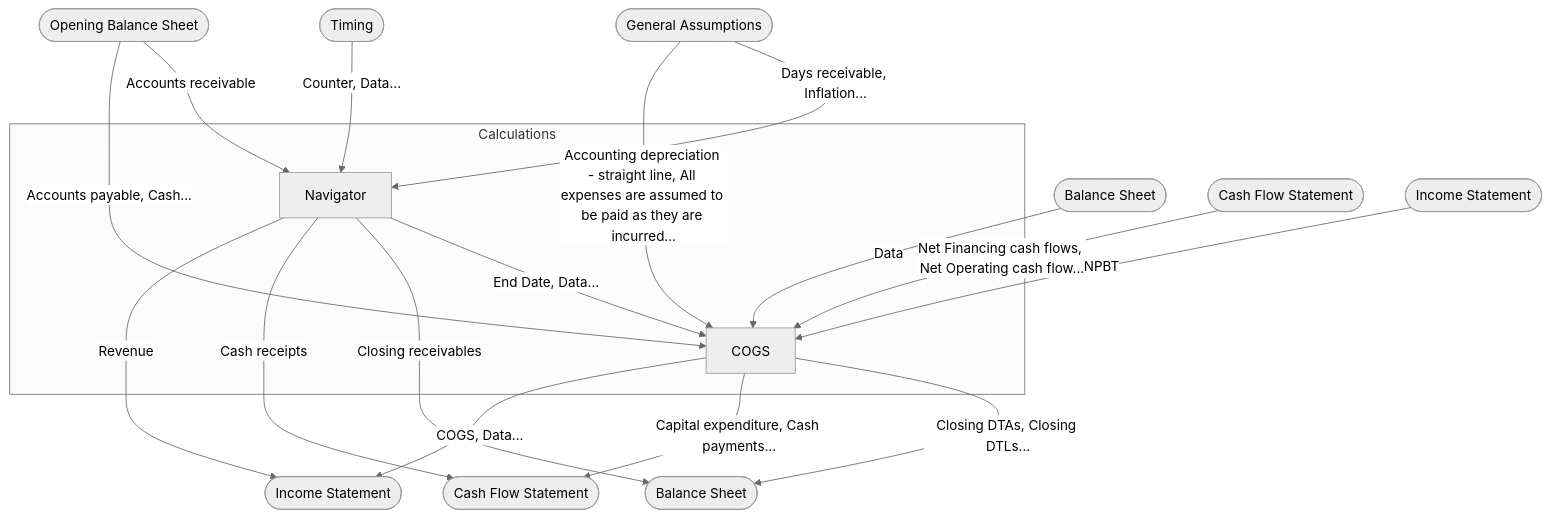
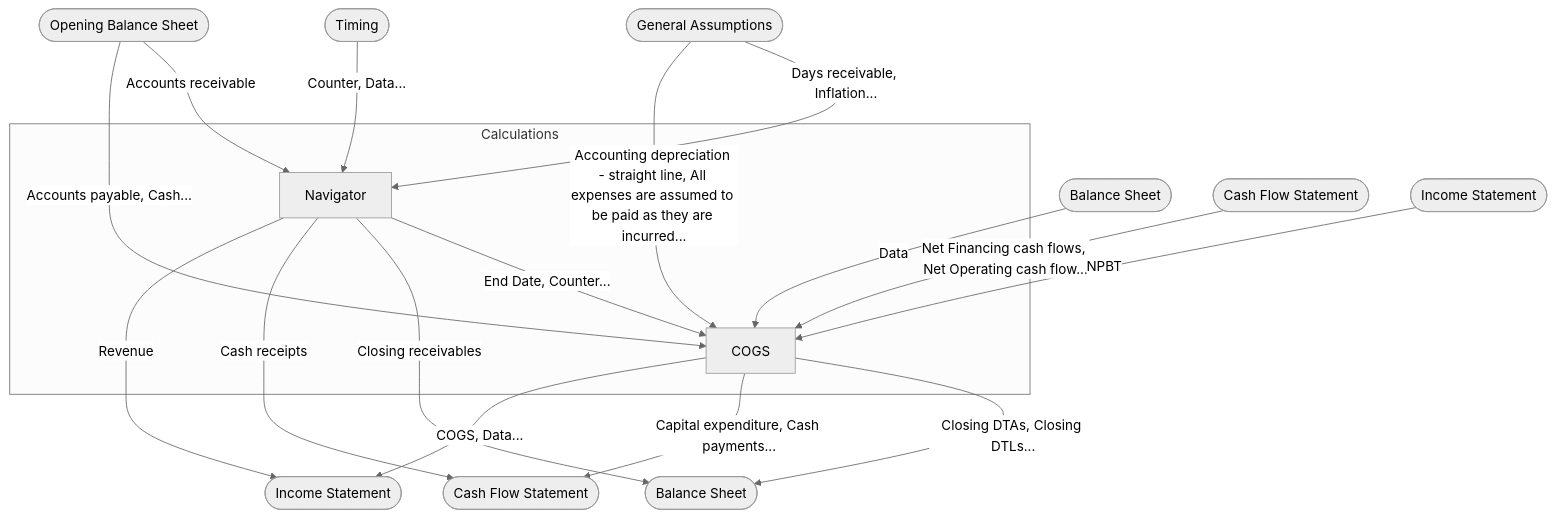
The diagram in Cartographer_Output/SP Case Study Interim Model 14 Indirect Cash Flow/Maps/Flow_L2_Calculations.mermaid (Sampi314/Auditor_Agents), drawn with Mermaid (neutral theme) before and after one commit.

Commit message:
Verify SP Case Study model output and clean regeneration.

```diff
--- a/Cartographer_Output/SP Case Study Interim Model 14 Indirect Cash Flow/Maps/Flow_L2_Calculations.mermaid
+++ b/Cartographer_Output/SP Case Study Interim Model 14 Indirect Cash Flow/Maps/Flow_L2_Calculations.mermaid
@@ -1,30 +1,30 @@
 flowchart TD
 
     subgraph sg_Calculations["Calculations"]
         sect_Calculations_0["Navigator"]
         sect_Calculations_1["COGS"]
     end
     ext_in_Balance_Sheet(["Balance Sheet"])
     ext_in_Balance_Sheet -- "Data" --> sect_Calculations_1
     ext_in_Cash_Flow_Statement(["Cash Flow Statement"])
     ext_in_Cash_Flow_Statement -- "Net Financing cash flows, Net Operating cash flow..." --> sect_Calculations_1
     ext_in_General_Assumptions(["General Assumptions"])
     ext_in_General_Assumptions -- "Days receivable, Inflation..." --> sect_Calculations_0
     ext_in_General_Assumptions -- "Accounting depreciation - straight line, All expenses are assumed to be paid as they are incurred..." --> sect_Calculations_1
     ext_in_Income_Statement(["Income Statement"])
     ext_in_Income_Statement -- "NPBT" --> sect_Calculations_1
     ext_in_Opening_Balance_Sheet(["Opening Balance Sheet"])
     ext_in_Opening_Balance_Sheet -- "Accounts receivable" --> sect_Calculations_0
     ext_in_Opening_Balance_Sheet -- "Accounts payable, Cash..." --> sect_Calculations_1
     ext_in_Timing(["Timing"])
     ext_in_Timing -- "Counter, Data..." --> sect_Calculations_0
-    sect_Calculations_0 -- "End Date, Data..." --> sect_Calculations_1
+    sect_Calculations_0 -- "End Date, Counter..." --> sect_Calculations_1
     ext_out_Balance_Sheet(["Balance Sheet"])
     sect_Calculations_0 -- "Closing receivables" --> ext_out_Balance_Sheet
     sect_Calculations_1 -- "Closing DTAs, Closing DTLs..." --> ext_out_Balance_Sheet
     ext_out_Cash_Flow_Statement(["Cash Flow Statement"])
     sect_Calculations_0 -- "Cash receipts" --> ext_out_Cash_Flow_Statement
     sect_Calculations_1 -- "Capital expenditure, Cash payments..." --> ext_out_Cash_Flow_Statement
     ext_out_Income_Statement(["Income Statement"])
     sect_Calculations_0 -- "Revenue" --> ext_out_Income_Statement
     sect_Calculations_1 -- "COGS, Data..." --> ext_out_Income_Statement
```
